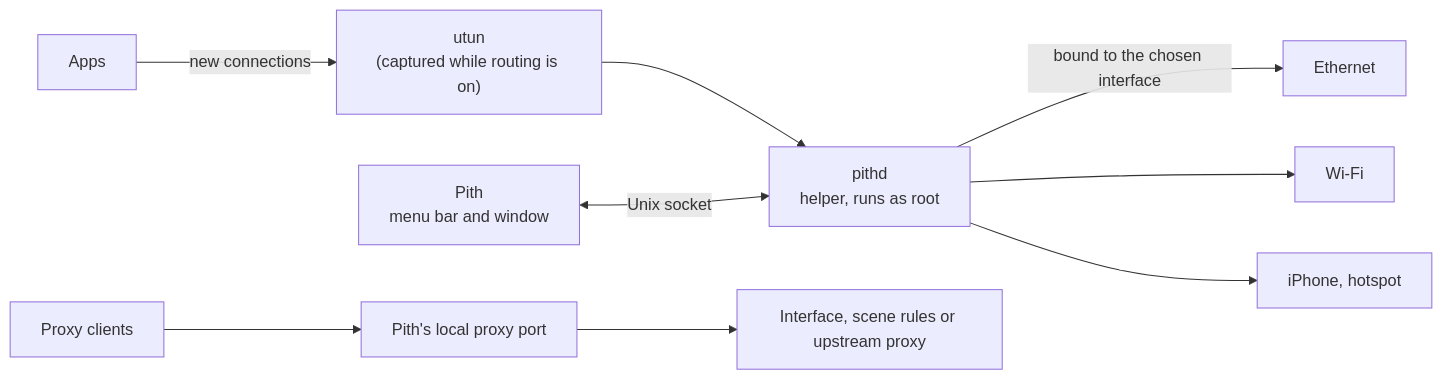
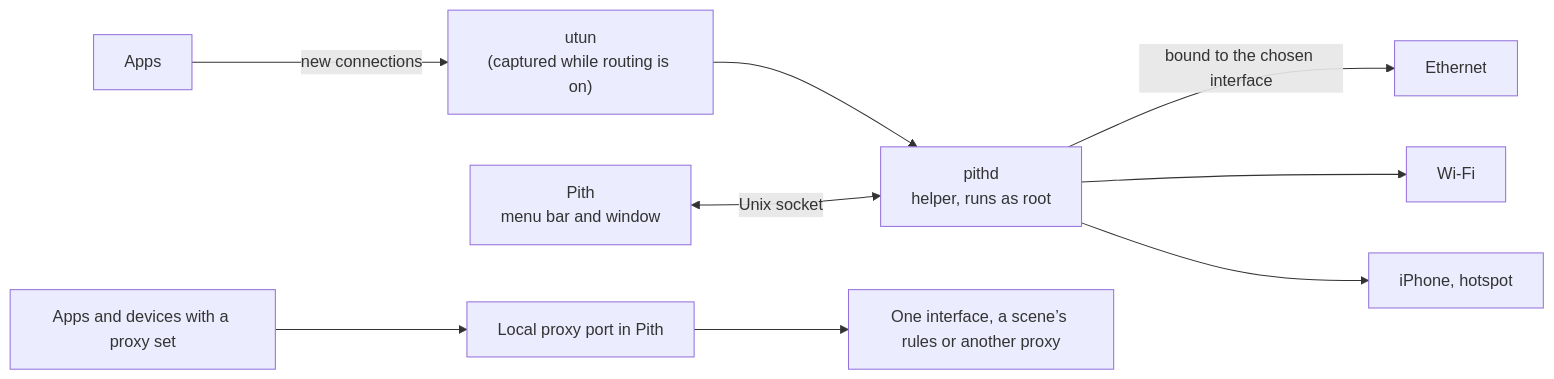
The diagram in README.md (Kel077/pith), drawn with Mermaid before and after one commit. The commit also changed other lines of this file and 1 other file, not shown here.

````diff
--- a/README.md
+++ b/README.md
@@ -61,11 +66,11 @@
 ```mermaid
 flowchart LR
   apps["Apps"] -- new connections --> utun["utun<br/>(captured while routing is on)"]
   utun --> pithd["pithd<br/>helper, runs as root"]
   pithd -- "bound to the chosen interface" --> eth["Ethernet"]
   pithd --> wifi["Wi-Fi"]
   pithd --> phone["iPhone, hotspot"]
   app["Pith<br/>menu bar and window"] <-- "Unix socket" --> pithd
-  browser["Proxy clients"] --> port["Pith's local proxy port"]
-  port --> exit["Interface, scene rules or upstream proxy"]
+  browser["Apps and devices with a proxy set"] --> port["Local proxy port in Pith"]
+  port --> exit["One interface, a scene’s rules or another proxy"]
 ```
````
